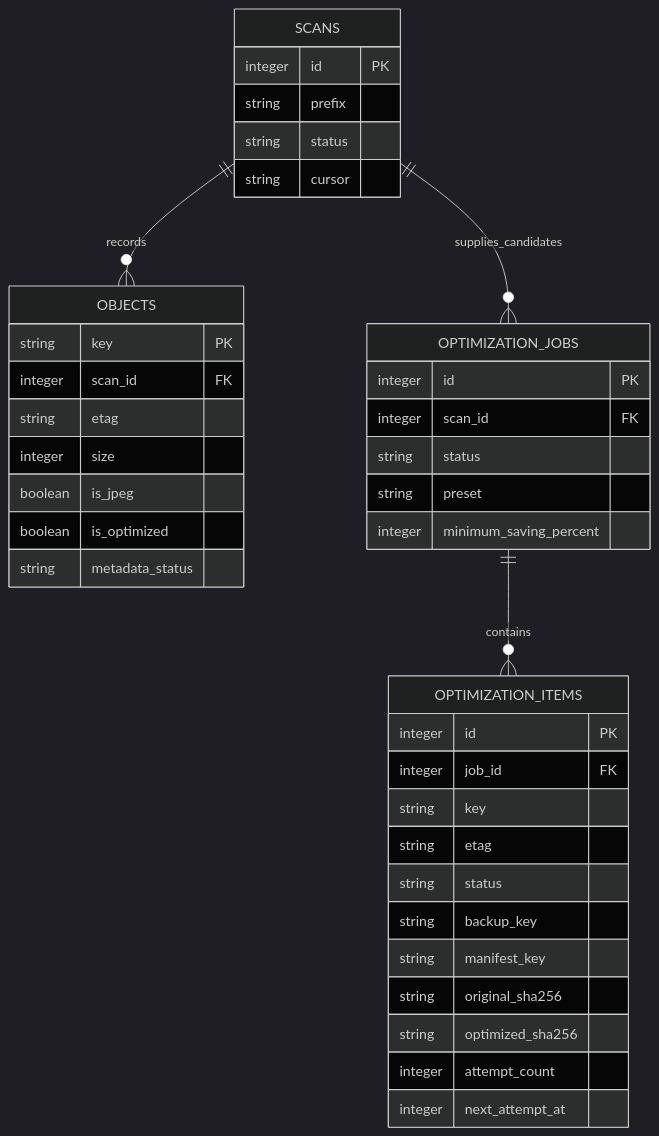
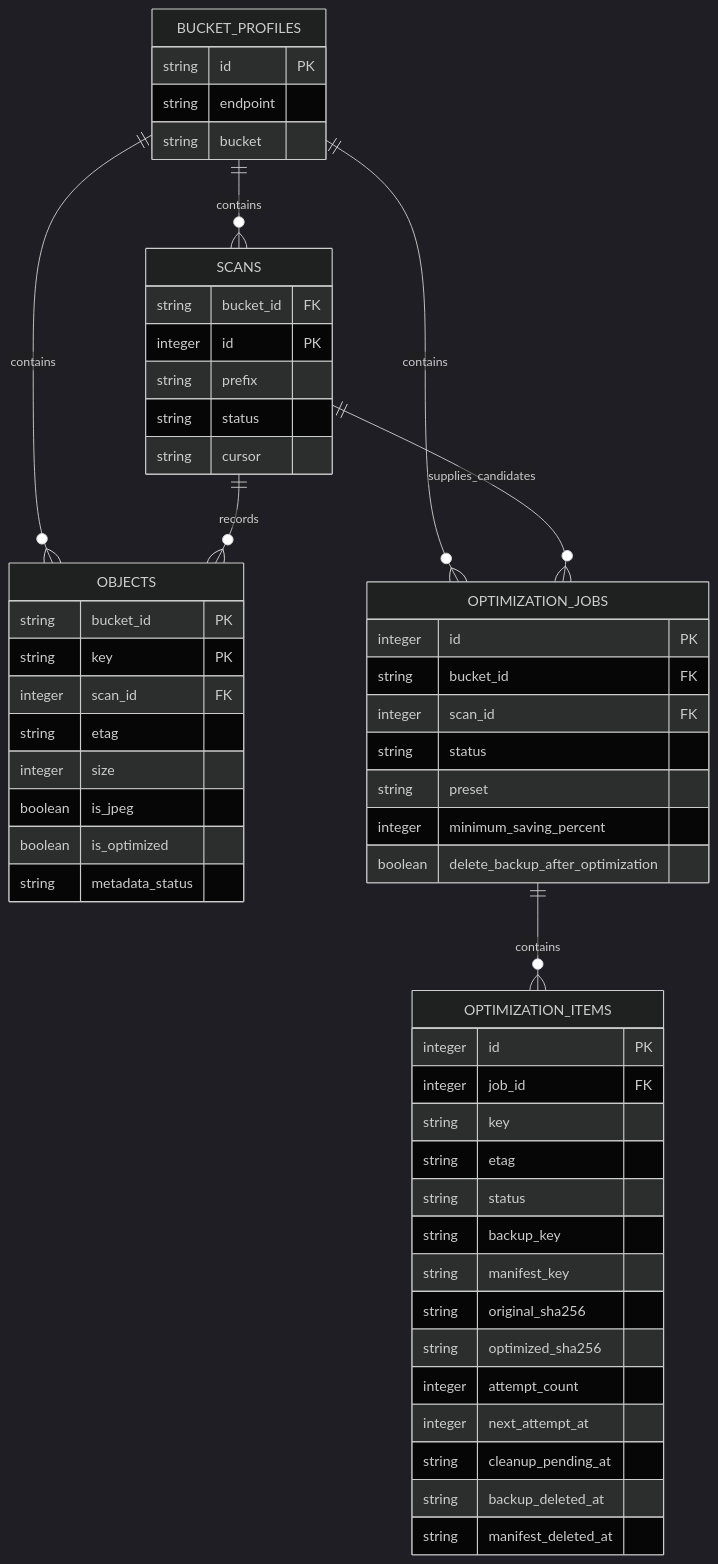
The second of 3 diagrams in docs/architecture.md (ahmetomerv/BucketLean), drawn with Mermaid (dark theme) before and after one commit. The commit also changed other lines of this file and 39 other files, not shown here.

````diff
--- a/docs/architecture.md
+++ b/docs/architecture.md
@@ -39,41 +39,56 @@
 ```mermaid
 erDiagram
+    BUCKET_PROFILES ||--o{ SCANS : contains
+    BUCKET_PROFILES ||--o{ OBJECTS : contains
+    BUCKET_PROFILES ||--o{ OPTIMIZATION_JOBS : contains
     SCANS ||--o{ OBJECTS : records
     SCANS ||--o{ OPTIMIZATION_JOBS : supplies_candidates
     OPTIMIZATION_JOBS ||--o{ OPTIMIZATION_ITEMS : contains
+    BUCKET_PROFILES {
+        string id PK
+        string endpoint
+        string bucket
+    }
     SCANS {
+        string bucket_id FK
         integer id PK
         string prefix
         string status
         string cursor
     }
     OBJECTS {
+        string bucket_id PK
         string key PK
         integer scan_id FK
         string etag
         integer size
         boolean is_jpeg
         boolean is_optimized
         string metadata_status
     }
     OPTIMIZATION_JOBS {
         integer id PK
+        string bucket_id FK
         integer scan_id FK
         string status
         string preset
         integer minimum_saving_percent
+        boolean delete_backup_after_optimization
     }
     OPTIMIZATION_ITEMS {
         integer id PK
         integer job_id FK
         string key
         string etag
         string status
         string backup_key
         string manifest_key
         string original_sha256
         string optimized_sha256
         integer attempt_count
         integer next_attempt_at
+        string cleanup_pending_at
+        string backup_deleted_at
+        string manifest_deleted_at
     }
 ```
````
